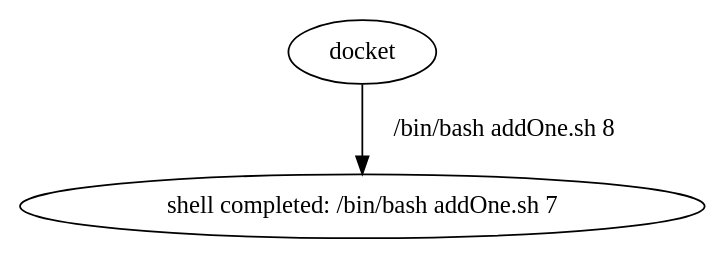
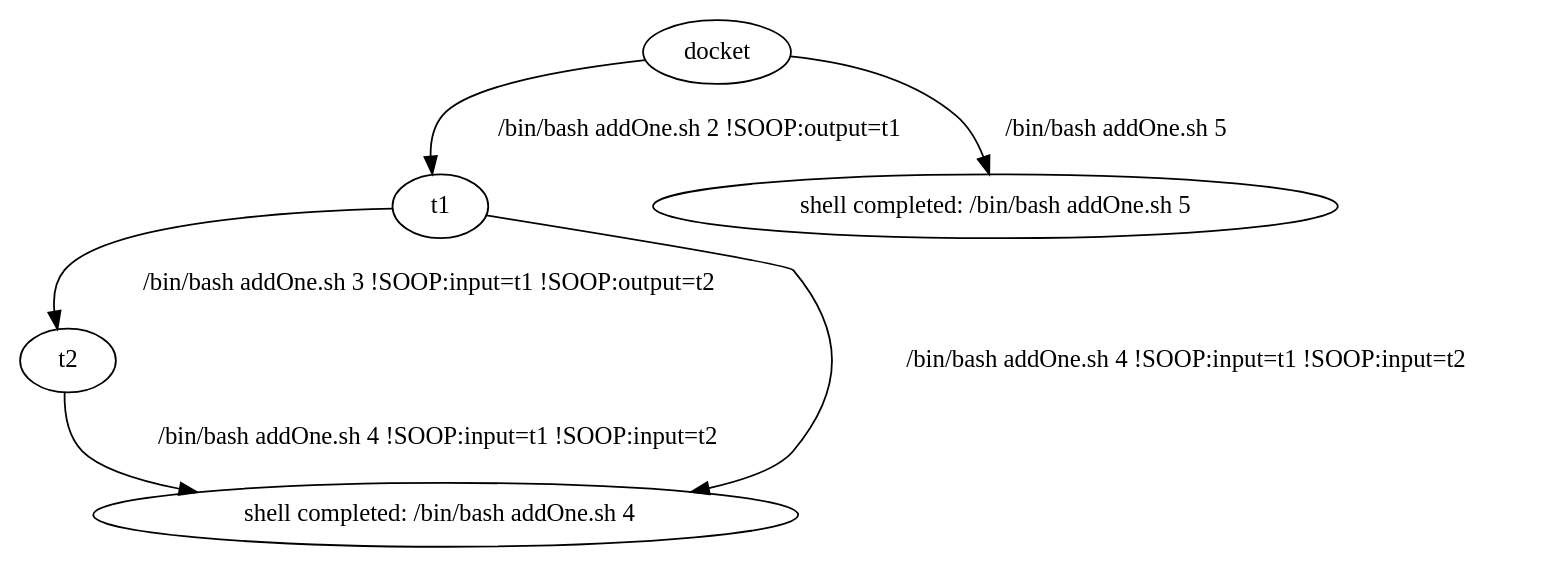
The diagram in Soop/Soop/web/workflow.dot (radixCSgeek/soop), drawn with Graphviz before and after one commit. The commit also changed 163 other files, not shown here.

Commit message:
Switched to using d3, and dagre for the workflow graph

```diff
--- a/Soop/Soop/web/workflow.dot
+++ b/Soop/Soop/web/workflow.dot
@@ -1,5 +1,12 @@
 digraph G {
   1 [label = "docket"];
-  2 [label = "shell completed: /bin/bash addOne.sh 7"];
-  1 -> 2 [label = "/bin/bash addOne.sh 8"];
+  2 [label = "t1"];
+  3 [label = "t2"];
+  4 [label = "shell completed: /bin/bash addOne.sh 4  "];
+  5 [label = "shell completed: /bin/bash addOne.sh 5"];
+  1 -> 2 [label = "/bin/bash addOne.sh 2 !SOOP:output=t1"];
+  3 -> 4 [label = "/bin/bash addOne.sh 4 !SOOP:input=t1 !SOOP:input=t2"];
+  2 -> 4 [label = "/bin/bash addOne.sh 4 !SOOP:input=t1 !SOOP:input=t2"];
+  1 -> 5 [label = "/bin/bash addOne.sh 5"];
+  2 -> 3 [label = "/bin/bash addOne.sh 3 !SOOP:input=t1 !SOOP:output=t2"];
 }
```
